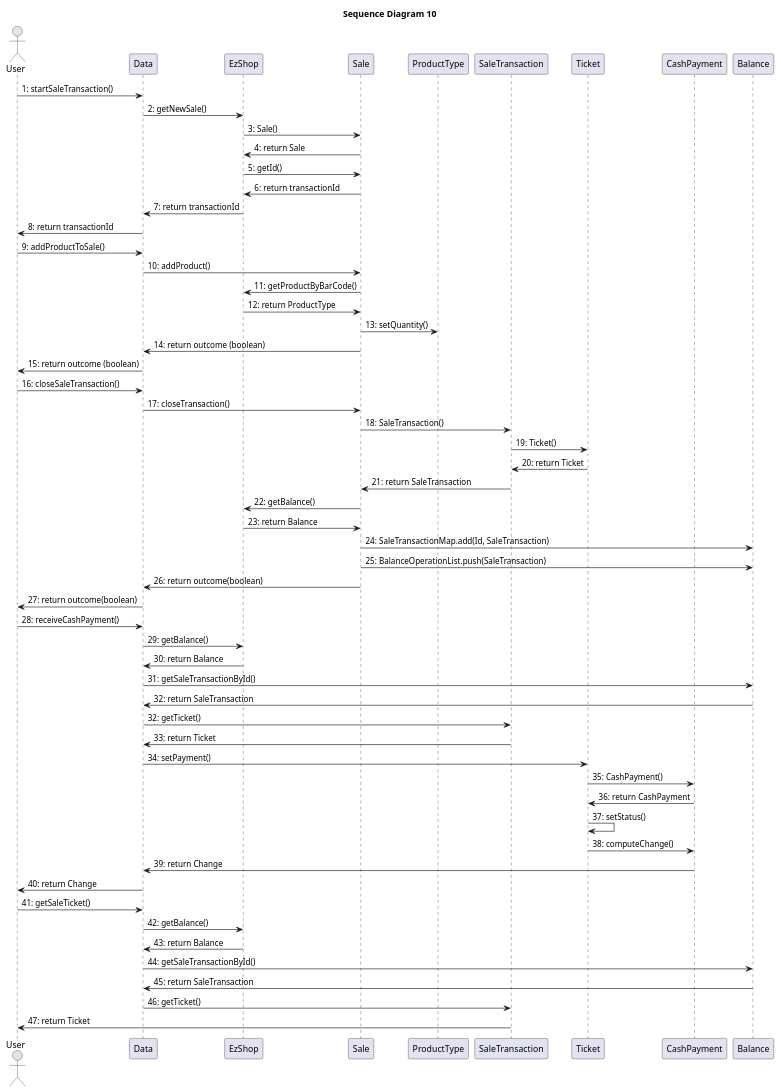
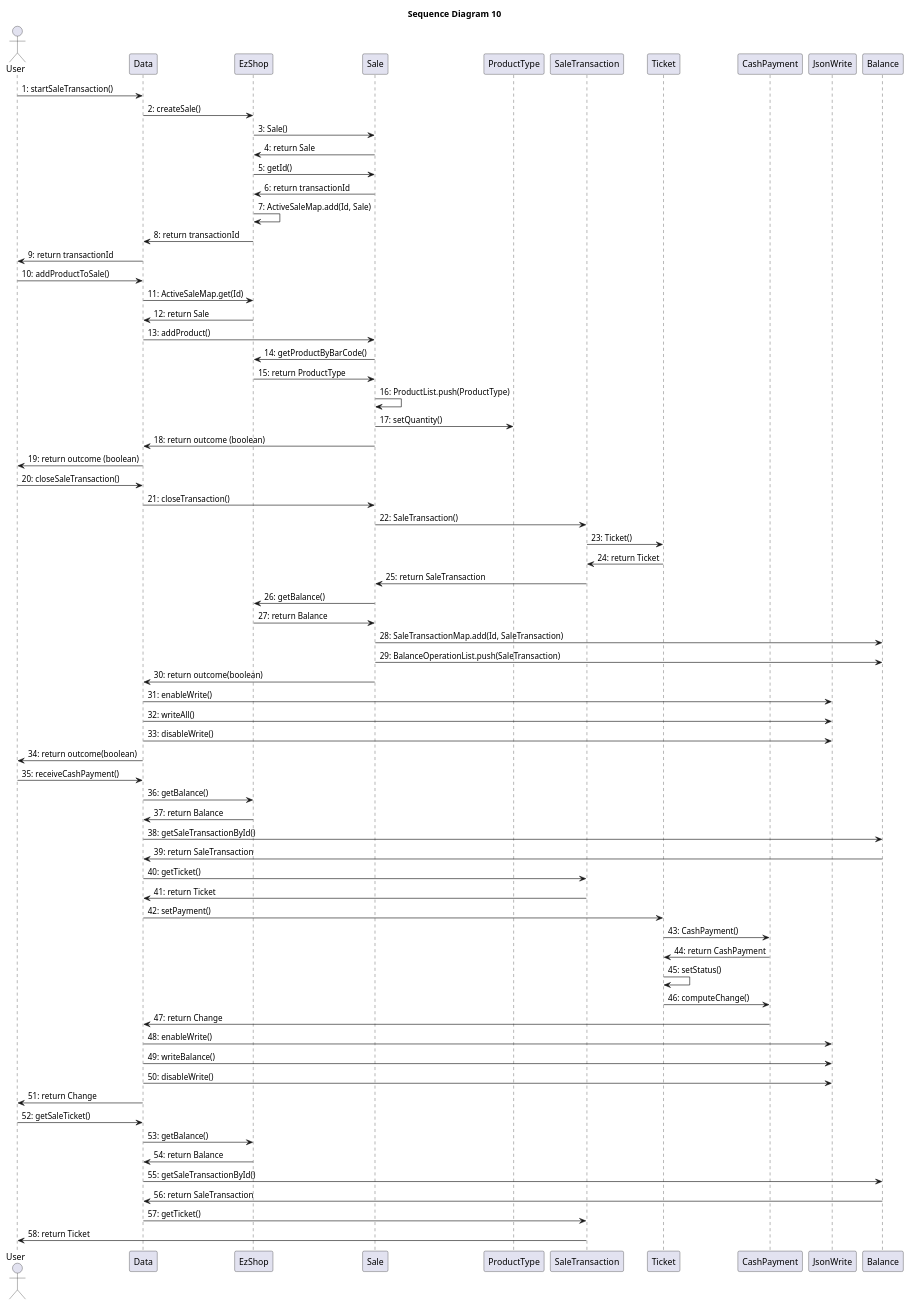
Before and after one commit to paolotron/EzshoProject31: diagram 12 of 15 in Deliverables/DesignDocument.md, drawn with PlantUML.

````diff
--- a/Deliverables/DesignDocument.md
+++ b/Deliverables/DesignDocument.md
@@ -507,63 +507,74 @@
 ``` plantuml
 @startuml
 title "Sequence Diagram 10"
 actor User
 participant Data
 participant EzShop
 participant Sale
 participant ProductType
 participant SaleTransaction
 participant Ticket
 participant CashPayment
+participant JsonWrite as JW
 
 User -> Data: 1: startSaleTransaction()
-Data -> EzShop: 2: getNewSale()
+Data -> EzShop: 2: createSale()
 EzShop -> Sale: 3: Sale()
 Sale -> EzShop: 4: return Sale
 EzShop -> Sale: 5: getId()
 Sale -> EzShop: 6: return transactionId
-EzShop -> Data: 7: return transactionId
-Data -> User: 8: return transactionId
-User -> Data: 9: addProductToSale()
-Data -> Sale: 10: addProduct()
-Sale -> EzShop: 11: getProductByBarCode()
-EzShop -> Sale: 12: return ProductType
-Sale -> ProductType: 13: setQuantity()
-Sale -> Data: 14: return outcome (boolean)
-Data -> User: 15: return outcome (boolean)
-User -> Data: 16: closeSaleTransaction()
-Data -> Sale: 17: closeTransaction()
-Sale -> SaleTransaction: 18: SaleTransaction()
-SaleTransaction -> Ticket: 19: Ticket()
-Ticket -> SaleTransaction: 20: return Ticket
-SaleTransaction -> Sale: 21: return SaleTransaction
-Sale -> EzShop: 22: getBalance()
-EzShop -> Sale: 23: return Balance
-Sale -> Balance: 24: SaleTransactionMap.add(Id, SaleTransaction)
-Sale -> Balance: 25: BalanceOperationList.push(SaleTransaction)
-Sale -> Data: 26: return outcome(boolean)
-Data -> User: 27: return outcome(boolean)
-User -> Data: 28: receiveCashPayment()
-Data -> EzShop: 29: getBalance()
-EzShop -> Data: 30: return Balance
-Data -> Balance: 31: getSaleTransactionById()
-Balance -> Data: 32: return SaleTransaction
-Data -> SaleTransaction: 32: getTicket()
-SaleTransaction -> Data: 33: return Ticket
-Data -> Ticket: 34: setPayment()
-Ticket -> CashPayment: 35: CashPayment()
-CashPayment -> Ticket: 36: return CashPayment
-Ticket -> Ticket: 37: setStatus()
-Ticket -> CashPayment: 38: computeChange()
-CashPayment -> Data: 39: return Change
-Data -> User: 40: return Change
-User -> Data: 41: getSaleTicket()
-Data -> EzShop: 42: getBalance()
-EzShop -> Data: 43: return Balance
-Data -> Balance: 44: getSaleTransactionById()
-Balance -> Data: 45: return SaleTransaction
-Data -> SaleTransaction: 46: getTicket()
-SaleTransaction -> User: 47: return Ticket
+EzShop -> EzShop: 7: ActiveSaleMap.add(Id, Sale)
+EzShop -> Data: 8: return transactionId
+Data -> User: 9: return transactionId
+User -> Data: 10: addProductToSale()
+Data -> EzShop: 11: ActiveSaleMap.get(Id)
+EzShop -> Data: 12: return Sale
+Data -> Sale: 13: addProduct()
+Sale -> EzShop: 14: getProductByBarCode()
+EzShop -> Sale: 15: return ProductType
+Sale -> Sale: 16: ProductList.push(ProductType)
+Sale -> ProductType: 17: setQuantity()
+Sale -> Data: 18: return outcome (boolean)
+Data -> User: 19: return outcome (boolean)
+User -> Data: 20: closeSaleTransaction()
+Data -> Sale: 21: closeTransaction()
+Sale -> SaleTransaction: 22: SaleTransaction()
+SaleTransaction -> Ticket: 23: Ticket()
+Ticket -> SaleTransaction: 24: return Ticket
+SaleTransaction -> Sale: 25: return SaleTransaction
+Sale -> EzShop: 26: getBalance()
+EzShop -> Sale: 27: return Balance
+Sale -> Balance: 28: SaleTransactionMap.add(Id, SaleTransaction)
+Sale -> Balance: 29: BalanceOperationList.push(SaleTransaction)
+Sale -> Data: 30: return outcome(boolean)
+Data -> JW: 31: enableWrite()
+Data -> JW: 32: writeAll()
+Data -> JW: 33: disableWrite()
+Data -> User: 34: return outcome(boolean)
+User -> Data: 35: receiveCashPayment()
+Data -> EzShop: 36: getBalance()
+EzShop -> Data: 37: return Balance
+Data -> Balance: 38: getSaleTransactionById()
+Balance -> Data: 39: return SaleTransaction
+Data -> SaleTransaction: 40: getTicket()
+SaleTransaction -> Data: 41: return Ticket
+Data -> Ticket: 42: setPayment()
+Ticket -> CashPayment: 43: CashPayment()
+CashPayment -> Ticket: 44: return CashPayment
+Ticket -> Ticket: 45: setStatus()
+Ticket -> CashPayment: 46: computeChange()
+CashPayment -> Data: 47: return Change
+Data -> JW: 48: enableWrite()
+Data -> JW: 49: writeBalance()
+Data -> JW: 50: disableWrite()
+Data -> User: 51: return Change
+User -> Data: 52: getSaleTicket()
+Data -> EzShop: 53: getBalance()
+EzShop -> Data: 54: return Balance
+Data -> Balance: 55: getSaleTransactionById()
+Balance -> Data: 56: return SaleTransaction
+Data -> SaleTransaction: 57: getTicket()
+SaleTransaction -> User: 58: return Ticket
 
 @enduml
 ```
````
